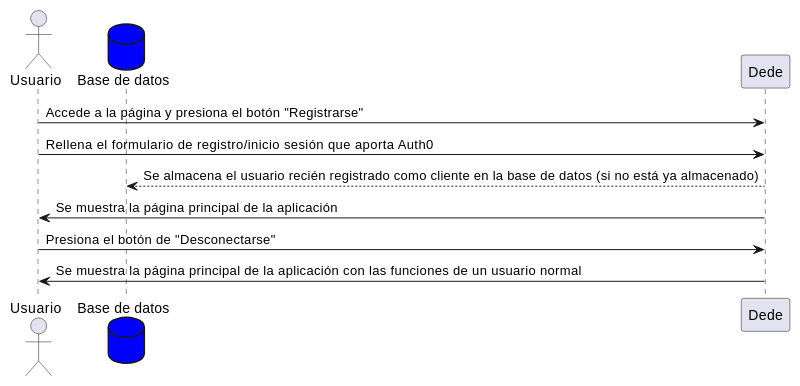
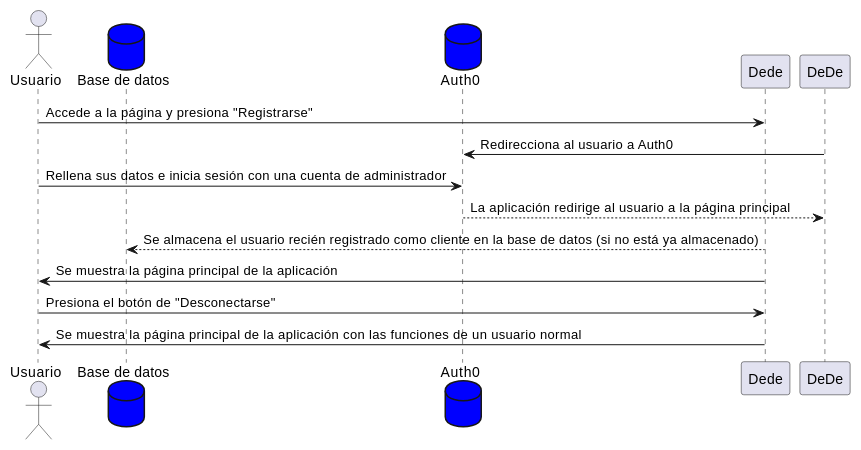
Before and after one commit to Arquisoft/dede_es2a: the sixth of 7 diagrams in docs/06_runtime_view.adoc, drawn with PlantUML. The commit also changed other lines of this file and 1 other file, not shown here.

Commit message:
Retoques diagrama de secuencia y app

```diff
--- a/docs/06_runtime_view.adoc
+++ b/docs/06_runtime_view.adoc
@@ -108,11 +109,14 @@
 [plantuml,"CierreSesión",png]
 ----
 actor Usuario
 database BaseDeDatos as "Base de datos" #blue
-Usuario -> Dede: Accede a la página y presiona el botón "Registrarse"
-Usuario -> Dede: Rellena el formulario de registro/inicio sesión que aporta Auth0
+database Auth0 as "Auth0" #blue
+Usuario -> Dede: Accede  a la página y presiona "Registrarse"
+DeDe -> Auth0: Redirecciona al usuario a Auth0
+Usuario -> Auth0: Rellena sus datos e inicia sesión con una cuenta de administrador
+DeDe <-- Auth0: La aplicación redirige al usuario a la página principal
 BaseDeDatos <-- Dede: Se almacena el usuario recién registrado como cliente en la base de datos (si no está ya almacenado)
 Usuario <- Dede: Se muestra la página principal de la aplicación
 Usuario -> Dede: Presiona el botón de "Desconectarse"
 Usuario <- Dede: Se muestra la página principal de la aplicación con las funciones de un usuario normal
 ----
```
